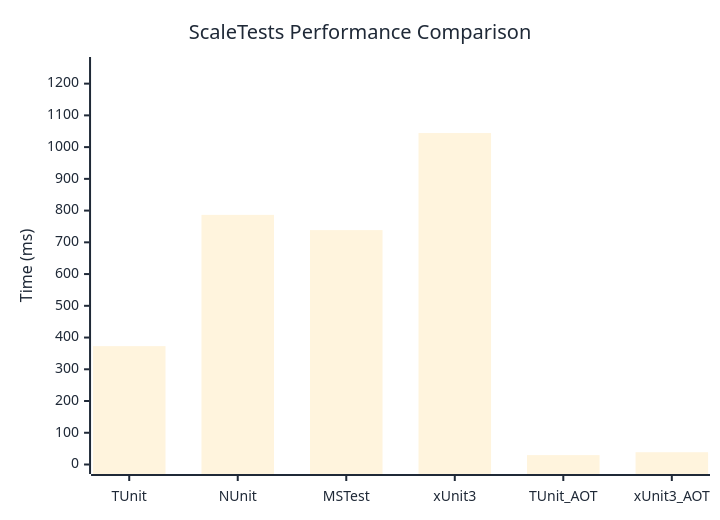
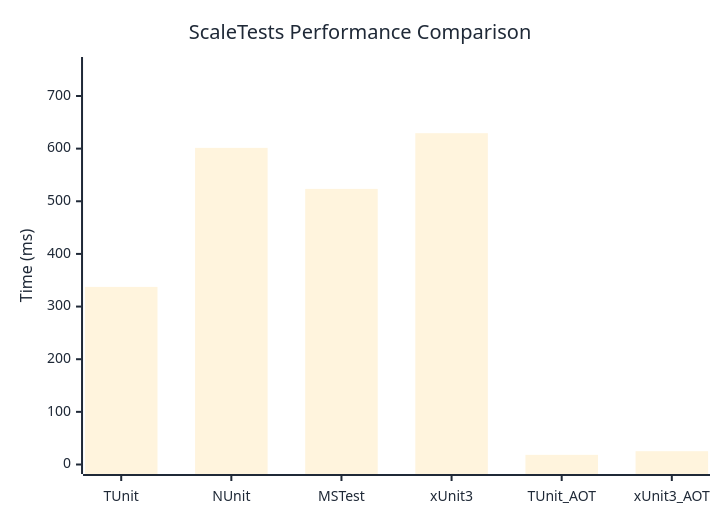
Before and after one commit to thomhurst/TUnit: the diagram in docs/docs/benchmarks/engine/ScaleTests.md, drawn with Mermaid. The commit also changed other lines of this file and 18 other files, not shown here.

````diff
--- a/docs/docs/benchmarks/engine/ScaleTests.md
+++ b/docs/docs/benchmarks/engine/ScaleTests.md
@@ -30,37 +30,37 @@
 ```mermaid
 %%{init: {
   'theme':'base',
   'themeVariables': {
     'primaryColor': '#2563eb',
     'primaryTextColor': '#1f2937',
     'primaryBorderColor': '#1e40af',
     'lineColor': '#6b7280',
     'secondaryColor': '#7c3aed',
     'tertiaryColor': '#dc2626',
     'background': '#ffffff',
     'mainBkg': '#2563eb',
     'secondBkg': '#7c3aed',
     'tertiaryBkg': '#dc2626',
     'clusterBkg': '#f3f4f6',
     'edgeLabelBackground': '#ffffff',
     'tertiaryTextColor': '#1f2937',
     'pie1': '#2563eb',
     'pie2': '#7c3aed',
     'pie3': '#dc2626',
     'pie4': '#f59e0b',
     'pie5': '#10b981',
     'pie6': '#06b6d4',
     'pie7': '#ec4899',
     'pie8': '#6366f1',
     'pie9': '#84cc16',
     'pie10': '#f97316',
     'pie11': '#14b8a6',
     'pie12': '#a855f7'
   }
 }}%%
 xychart-beta
   title "ScaleTests Performance Comparison"
   x-axis ["TUnit", "NUnit", "MSTest", "xUnit3", "TUnit_AOT", "xUnit3_AOT"]
-  y-axis "Time (ms)" 0 --> 1254
-  bar [372.95, 786.49, 738.51, 1044.3, 29.56, 38.71]
+  y-axis "Time (ms)" 0 --> 756
+  bar [337.36, 601.45, 523.49, 629.35, 18.35, 25.29]
 ```
````
